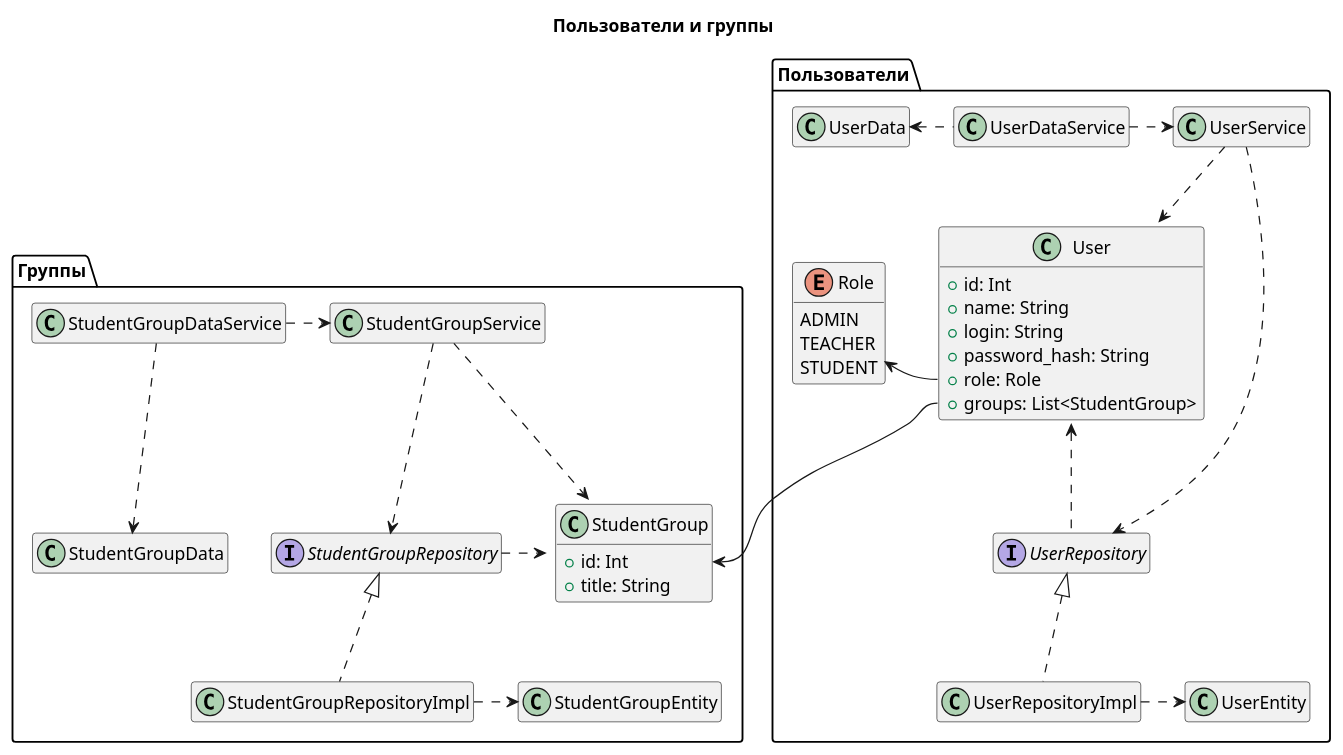
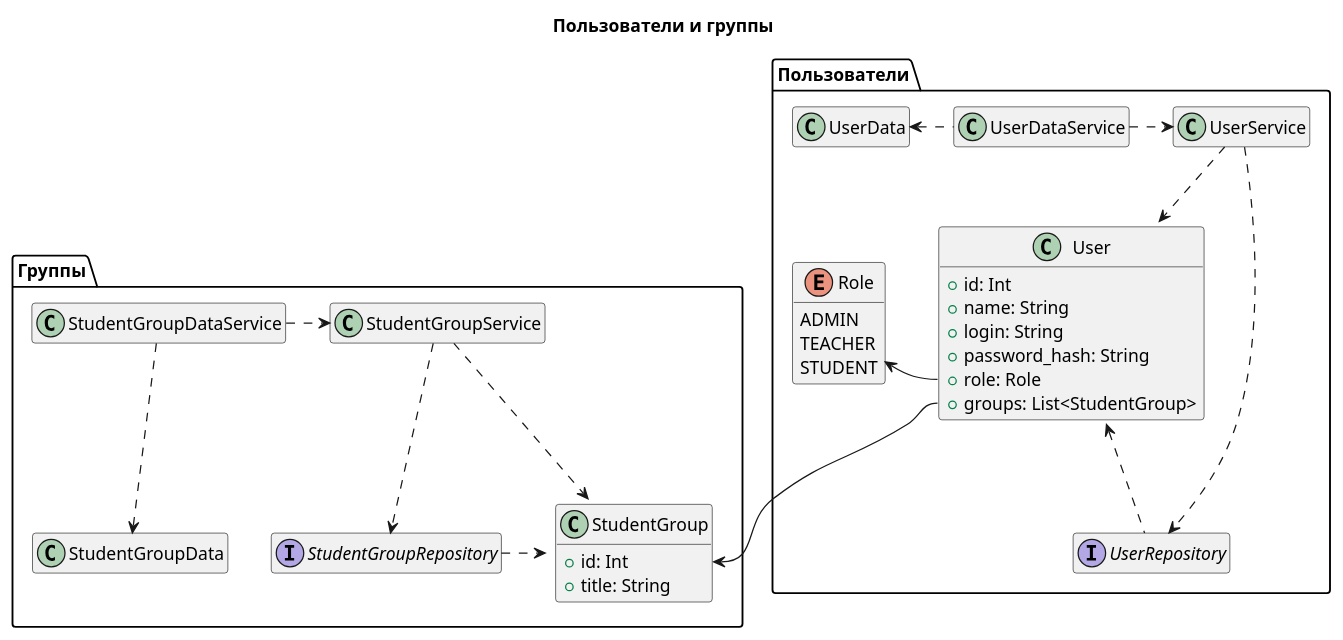
The diagram in src/main/docs/classes_user_and_groups.puml (hyposun/deppplom), drawn with PlantUML before and after one commit. The commit also changed 7 other files, not shown here.

```diff
--- a/src/main/docs/classes_user_and_groups.puml
+++ b/src/main/docs/classes_user_and_groups.puml
@@ -1,79 +1,79 @@
 @startuml
 
 hide empty members
 allowmixing
 
 title "Пользователи и группы"
 
 package "Группы" as groups {
 
     class StudentGroupService
     interface StudentGroupRepository
 
     class StudentGroup {
         + id: Int
         + title: String
     }
 
 
     StudentGroupService ..> StudentGroup
 
-    class StudentGroupRepositoryImpl implements StudentGroupRepository
-    class StudentGroupEntity
-    StudentGroupRepositoryImpl .> StudentGroupEntity
+'    class StudentGroupRepositoryImpl implements StudentGroupRepository
+'    class StudentGroupEntity
+'    StudentGroupRepositoryImpl .> StudentGroupEntity
 
     StudentGroupService ..> StudentGroupRepository
     StudentGroupRepository .> StudentGroup
 
     class StudentGroupDataService
     StudentGroupDataService .> StudentGroupService
     class StudentGroupData
     StudentGroupDataService ..> StudentGroupData
 
 }
 
 package "Пользователи" as users {
 
     class UserDataService
     class UserData
 
 '    UserDataService --> UserData
     UserData <. UserDataService
     UserDataService .> UserService
 
     class UserService
     interface UserRepository
 
     class User {
         + id: Int
         + name: String
         + login: String
         + password_hash: String
         + role: Role
         + groups: List<StudentGroup>
     }
 
     enum Role {
         ADMIN
         TEACHER
         STUDENT
     }
 
 
 '    Role -* User::role
     Role <- User::role
     User::groups --> groups.StudentGroup::id
     User <.. UserRepository
 
-    class UserRepositoryImpl implements UserRepository
-    class UserEntity
-
-    UserRepositoryImpl .> UserEntity
+'    class UserRepositoryImpl implements UserRepository
+'    class UserEntity
+'
+'    UserRepositoryImpl .> UserEntity
 
     UserService ..> UserRepository
     UserService ..> User
 
 
 }
 
 @enduml
```
